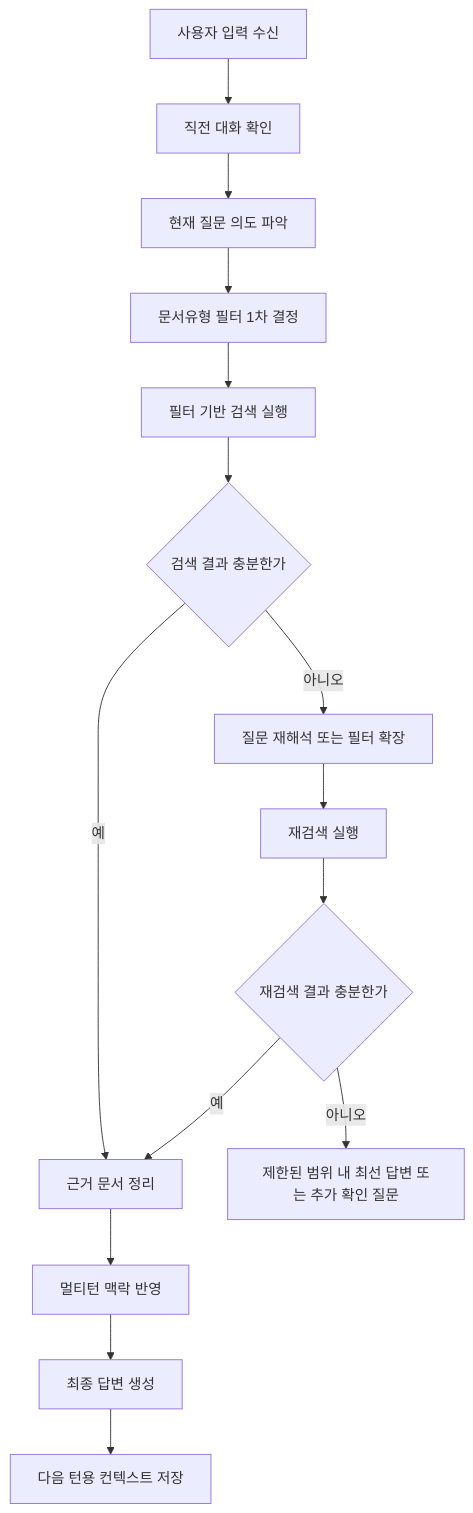
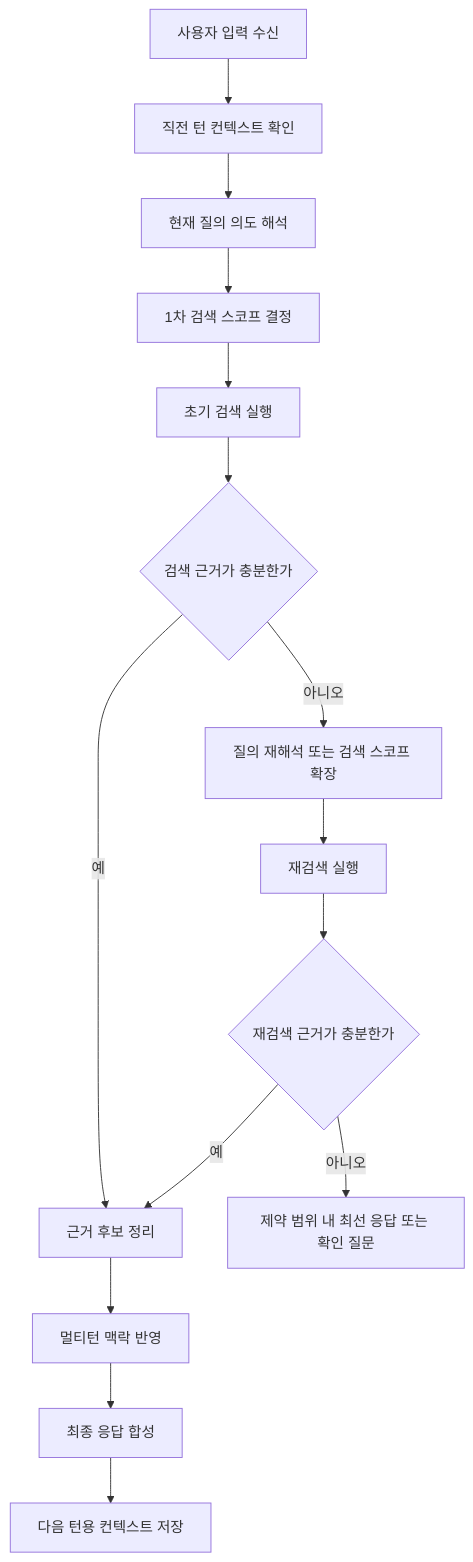
One commit to kijungchoi-hub/aia-multiturn-with-llm-and-rag changed the diagram in docs/multiturn-dialog-flow-basic.md. Above: the diagram before and after it, drawn with Mermaid. The commit also changed other lines of this file and 7 other files, not shown here.

````diff
--- a/docs/multiturn-dialog-flow-basic.md
+++ b/docs/multiturn-dialog-flow-basic.md
@@ -39,17 +39,17 @@
 ```mermaid
 flowchart TD
-    A[사용자 입력 수신] --> B[직전 대화 확인]
-    B --> C[현재 질문 의도 파악]
-    C --> D[문서유형 필터 1차 결정]
-    D --> E[필터 기반 검색 실행]
-    E --> F{검색 결과 충분한가}
-    F -->|예| G[근거 문서 정리]
-    F -->|아니오| H[질문 재해석 또는 필터 확장]
+    A[사용자 입력 수신] --> B[직전 턴 컨텍스트 확인]
+    B --> C[현재 질의 의도 해석]
+    C --> D[1차 검색 스코프 결정]
+    D --> E[초기 검색 실행]
+    E --> F{검색 근거가 충분한가}
+    F -->|예| G[근거 후보 정리]
+    F -->|아니오| H[질의 재해석 또는 검색 스코프 확장]
     H --> I[재검색 실행]
-    I --> J{재검색 결과 충분한가}
+    I --> J{재검색 근거가 충분한가}
     J -->|예| G
-    J -->|아니오| K[제한된 범위 내 최선 답변 또는 추가 확인 질문]
+    J -->|아니오| K[제약 범위 내 최선 응답 또는 확인 질문]
     G --> L[멀티턴 맥락 반영]
-    L --> M[최종 답변 생성]
+    L --> M[최종 응답 합성]
     M --> N[다음 턴용 컨텍스트 저장]
 ```
````
